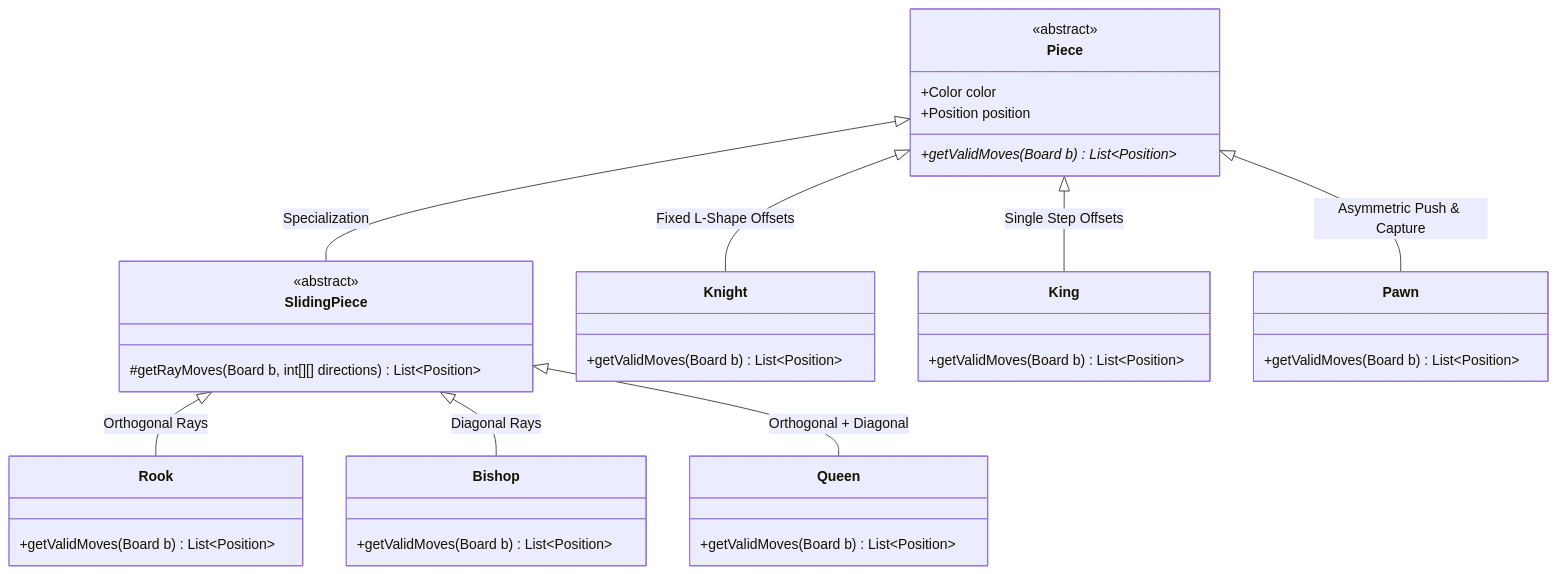
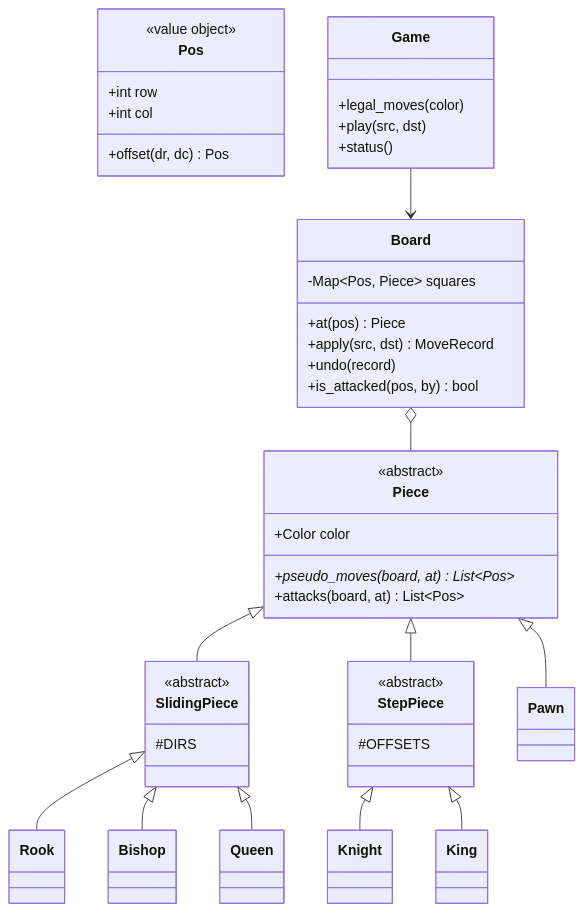
One commit to TapanKumarBarik/Backend-roadmap changed the fourth of 5 diagrams in content/lld/14-tic-tac-toe-and-chess/README.md. Above: the diagram before and after it, drawn with Mermaid. The commit also changed other lines of this file and 68 other files, not shown here.

````diff
--- a/content/lld/14-tic-tac-toe-and-chess/README.md
+++ b/content/lld/14-tic-tac-toe-and-chess/README.md
@@ -56,46 +403,45 @@
 ```mermaid
 classDiagram
-    class Piece {
-        <<abstract>>
-        +Color color
-        +Position position
-        +getValidMoves(Board b)* List~Position~
-    }
-
-    class SlidingPiece {
-        <<abstract>>
-        #getRayMoves(Board b, int[][] directions) List~Position~
-    }
-
-    class Rook {
-        +getValidMoves(Board b) List~Position~
-    }
-
-    class Bishop {
-        +getValidMoves(Board b) List~Position~
-    }
-
-    class Queen {
-        +getValidMoves(Board b) List~Position~
-    }
-
-    class Knight {
-        +getValidMoves(Board b) List~Position~
-    }
-
-    class King {
-        +getValidMoves(Board b) List~Position~
-    }
-
-    class Pawn {
-        +getValidMoves(Board b) List~Position~
-    }
-
-    Piece <|-- SlidingPiece : Specialization
-    SlidingPiece <|-- Rook : Orthogonal Rays
-    SlidingPiece <|-- Bishop : Diagonal Rays
-    SlidingPiece <|-- Queen : Orthogonal + Diagonal
-    Piece <|-- Knight : Fixed L-Shape Offsets
-    Piece <|-- King : Single Step Offsets
-    Piece <|-- Pawn : Asymmetric Push & Capture
+  class Pos {
+    <<value object>>
+    +int row
+    +int col
+    +offset(dr, dc) Pos
+  }
+  class Board {
+    -Map~Pos, Piece~ squares
+    +at(pos) Piece
+    +apply(src, dst) MoveRecord
+    +undo(record)
+    +is_attacked(pos, by) bool
+  }
+  class Piece {
+    <<abstract>>
+    +Color color
+    +pseudo_moves(board, at)* List~Pos~
+    +attacks(board, at) List~Pos~
+  }
+  class SlidingPiece {
+    <<abstract>>
+    #DIRS
+  }
+  class StepPiece {
+    <<abstract>>
+    #OFFSETS
+  }
+  class Game {
+    +legal_moves(color)
+    +play(src, dst)
+    +status()
+  }
+  Piece <|-- SlidingPiece
+  Piece <|-- StepPiece
+  Piece <|-- Pawn
+  SlidingPiece <|-- Rook
+  SlidingPiece <|-- Bishop
+  SlidingPiece <|-- Queen
+  StepPiece <|-- Knight
+  StepPiece <|-- King
+  Board o-- Piece
+  Game --> Board
 ```
````
